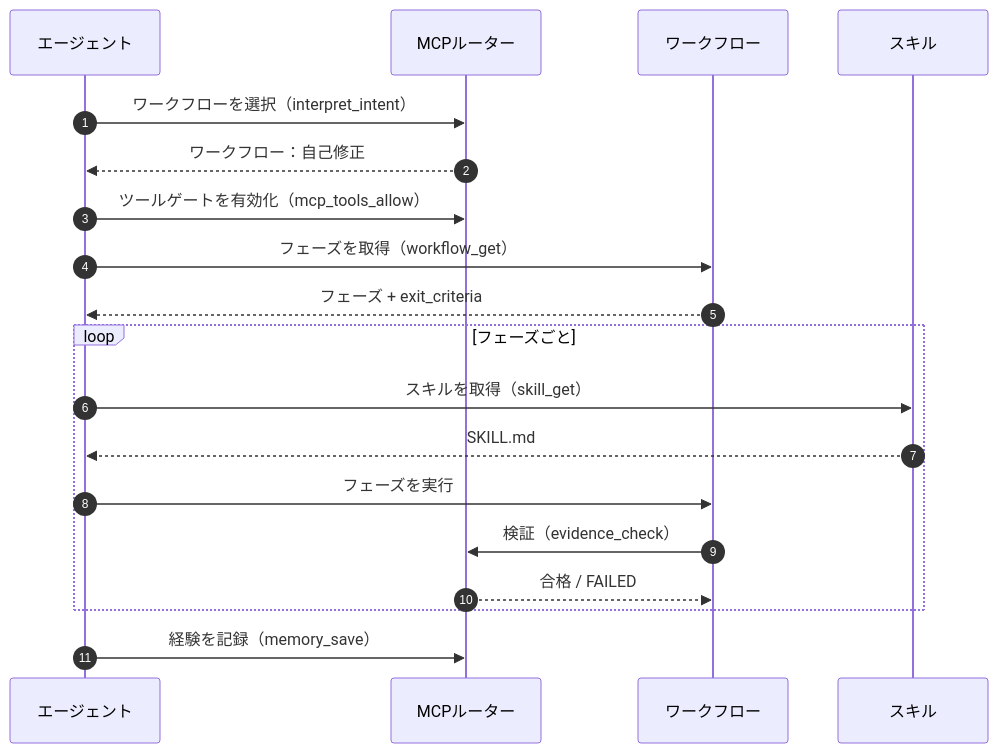
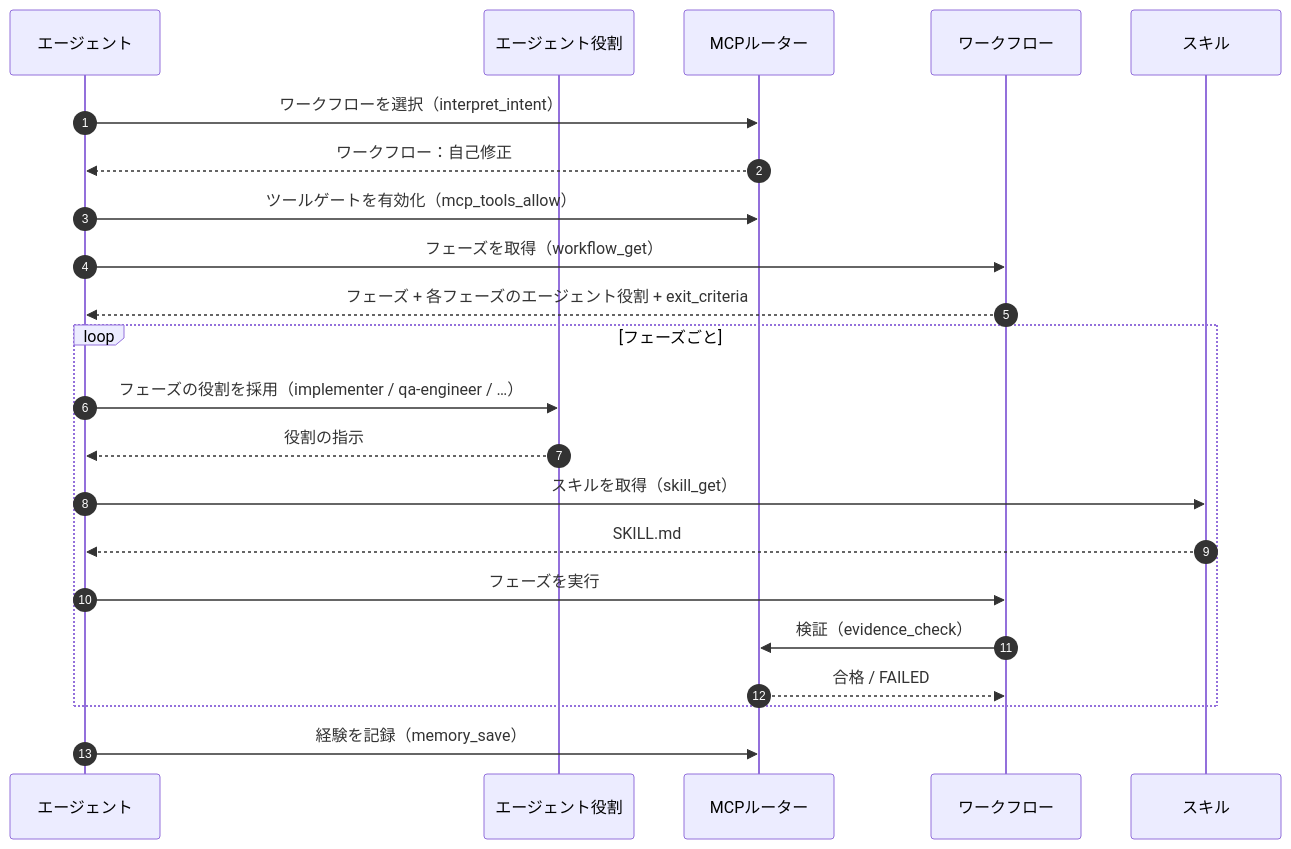
The diagram in README.ja.md (parkwoo/wawoo-agent-skills), drawn with Mermaid before and after one commit. The commit also changed 3 other files, not shown here.

Commit message:
docs: add the per-phase agent role to the sequence diagram (Agent / Agent role / MCP Router / Workflow / Skill)

````diff
--- a/README.ja.md
+++ b/README.ja.md
@@ -62,21 +62,24 @@
 ```mermaid
 sequenceDiagram
     autonumber
     participant A as エージェント
+    participant G as エージェント役割
     participant R as MCPルーター
     participant W as ワークフロー
     participant S as スキル
     A->>R: ワークフローを選択（interpret_intent）
     R-->>A: ワークフロー：自己修正
     A->>R: ツールゲートを有効化（mcp_tools_allow）
     A->>W: フェーズを取得（workflow_get）
-    W-->>A: フェーズ + exit_criteria
+    W-->>A: フェーズ + 各フェーズのエージェント役割 + exit_criteria
     loop フェーズごと
+        A->>G: フェーズの役割を採用（implementer / qa-engineer / …）
+        G-->>A: 役割の指示
         A->>S: スキルを取得（skill_get）
         S-->>A: SKILL.md
         A->>W: フェーズを実行
         W->>R: 検証（evidence_check）
         R-->>W: 合格 / FAILED
     end
     A->>R: 経験を記録（memory_save）
 ```
````
